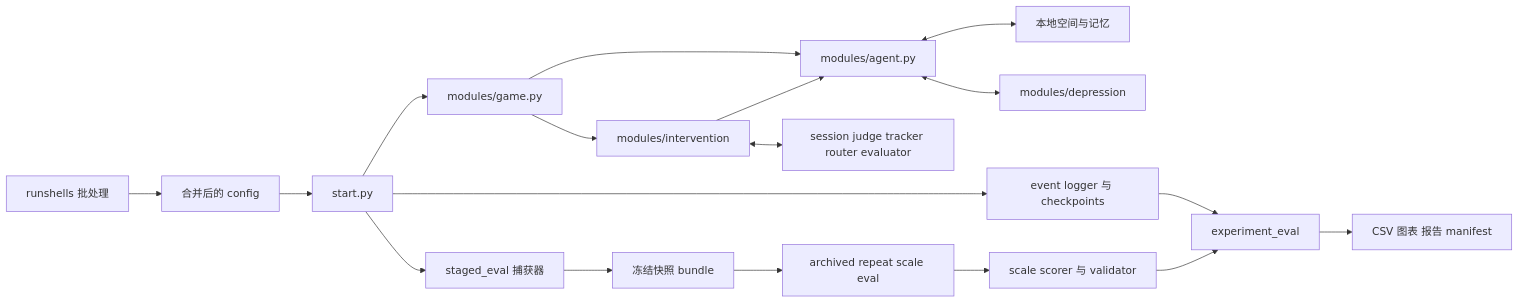
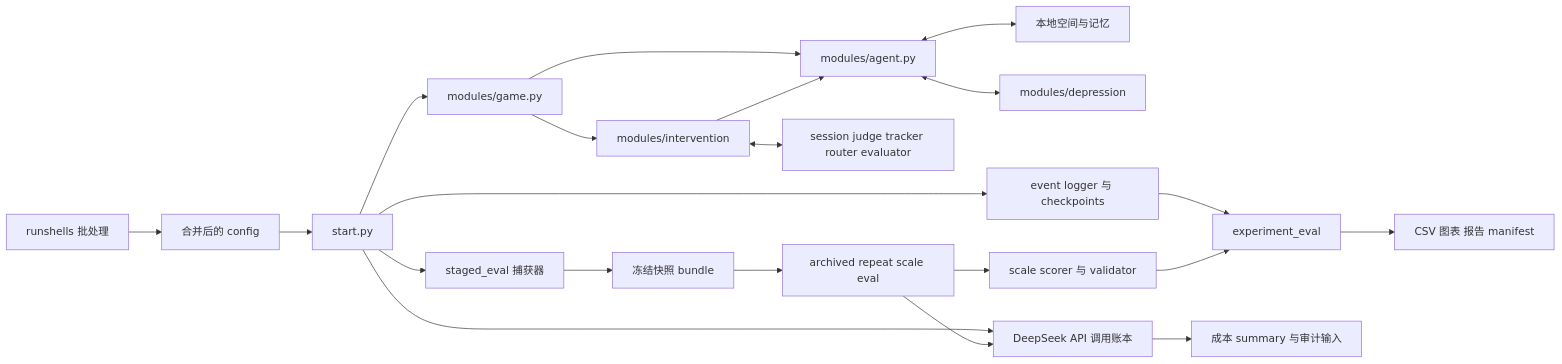
One commit to MUSE-Lab-SZU/generative_agents changed the second of 2 diagrams in docs/town_method/00_overview.md. Above: the diagram before and after it, drawn with Mermaid. The commit also changed other lines of this file and 77 other files, not shown here.

````diff
--- a/docs/town_method/00_overview.md
+++ b/docs/town_method/00_overview.md
@@ -100,20 +100,23 @@
 ```mermaid
 flowchart LR
     RS[runshells 批处理] --> CFG[合并后的 config]
     CFG --> START[start.py]
     START --> GAME[modules/game.py]
     GAME --> AGENT[modules/agent.py]
     GAME --> INT[modules/intervention]
     AGENT <--> MEM[本地空间与记忆]
     AGENT <--> DEP[modules/depression]
     INT <--> CBT[session judge tracker router evaluator]
     INT --> AGENT
     START --> EVT[event logger 与 checkpoints]
     START --> SE[staged_eval 捕获器]
     SE --> SNAP[冻结快照 bundle]
     SNAP --> REPEAT[archived repeat scale eval]
     REPEAT --> SCORE[scale scorer 与 validator]
+    START --> COST[DeepSeek API 调用账本]
+    REPEAT --> COST
     EVT --> EVAL[experiment_eval]
     SCORE --> EVAL
+    COST --> COSTREPORT[成本 summary 与审计输入]
     EVAL --> REPORT[CSV 图表 报告 manifest]
 ```
````
